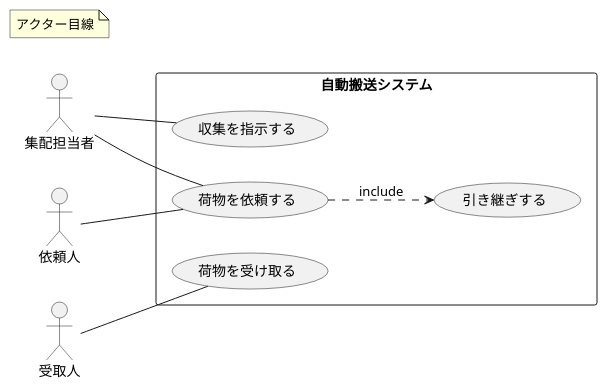
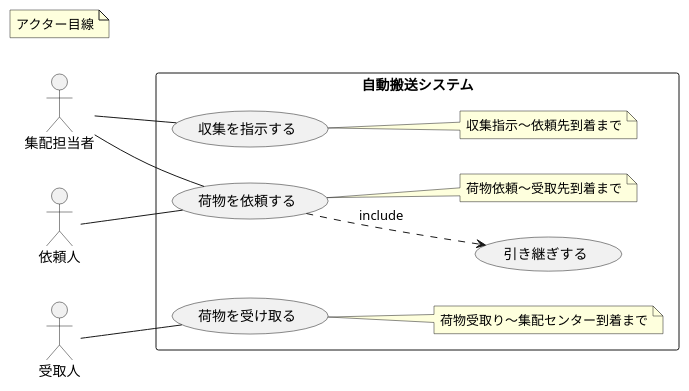
The diagram in ExpressSystem/01_RequirementsAnalysis/usecase_2.puml (MossanDayo/oneDraw_uml), drawn with PlantUML before and after one commit. The commit also changed 1 other file, not shown here.

```diff
--- a/ExpressSystem/01_RequirementsAnalysis/usecase_2.puml
+++ b/ExpressSystem/01_RequirementsAnalysis/usecase_2.puml
@@ -1,24 +1,30 @@
 @startuml ExpressSystem
 skinparam packageStyle rect
 left to right direction
 
 note "アクター目線" as N1
 
 actor 依頼人
 actor 集配担当者
 actor 受取人
 
 rectangle 自動搬送システム {
-集配担当者 -- (収集を指示する)
-集配担当者 -- (荷物を依頼する)
-(荷物を依頼する) ..> (引き継ぎする) : include
-依頼人 -- (荷物を依頼する)
-受取人 -- (荷物を受け取る)
+    集配担当者 -- (収集を指示する)
+    note right of (収集を指示する) : 収集指示～依頼先到着まで
+
+    集配担当者 -- (荷物を依頼する)
+    (荷物を依頼する) ..> (引き継ぎする) : include
+
+    依頼人 -- (荷物を依頼する)
+    note right of (荷物を依頼する) : 荷物依頼～受取先到着まで
+
+    受取人 -- (荷物を受け取る)
+    note right of (荷物を受け取る) : 荷物受取り～集配センター到着まで
 }
 
 ' 順番整理
 集配担当者 .[hidden] 依頼人
 (収集を指示する) .[hidden] (荷物を依頼する)
 (荷物を依頼する) .[hidden] (荷物を受け取る)
 
 @enduml
```
